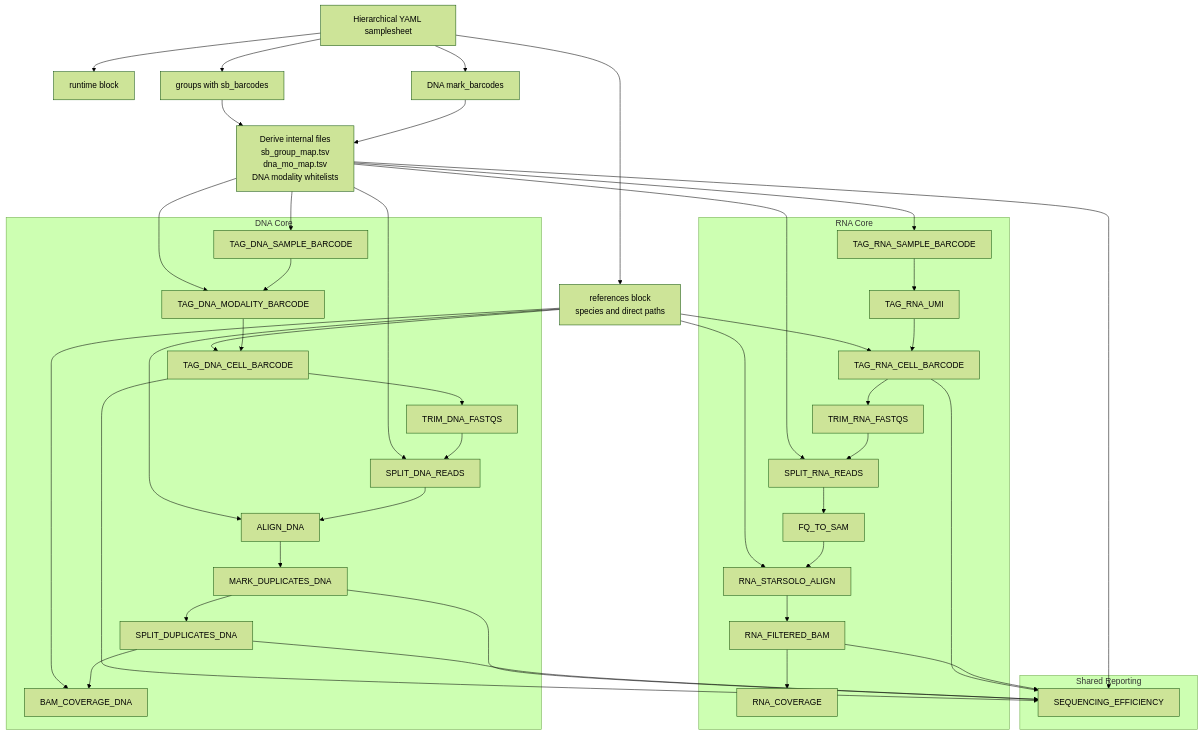
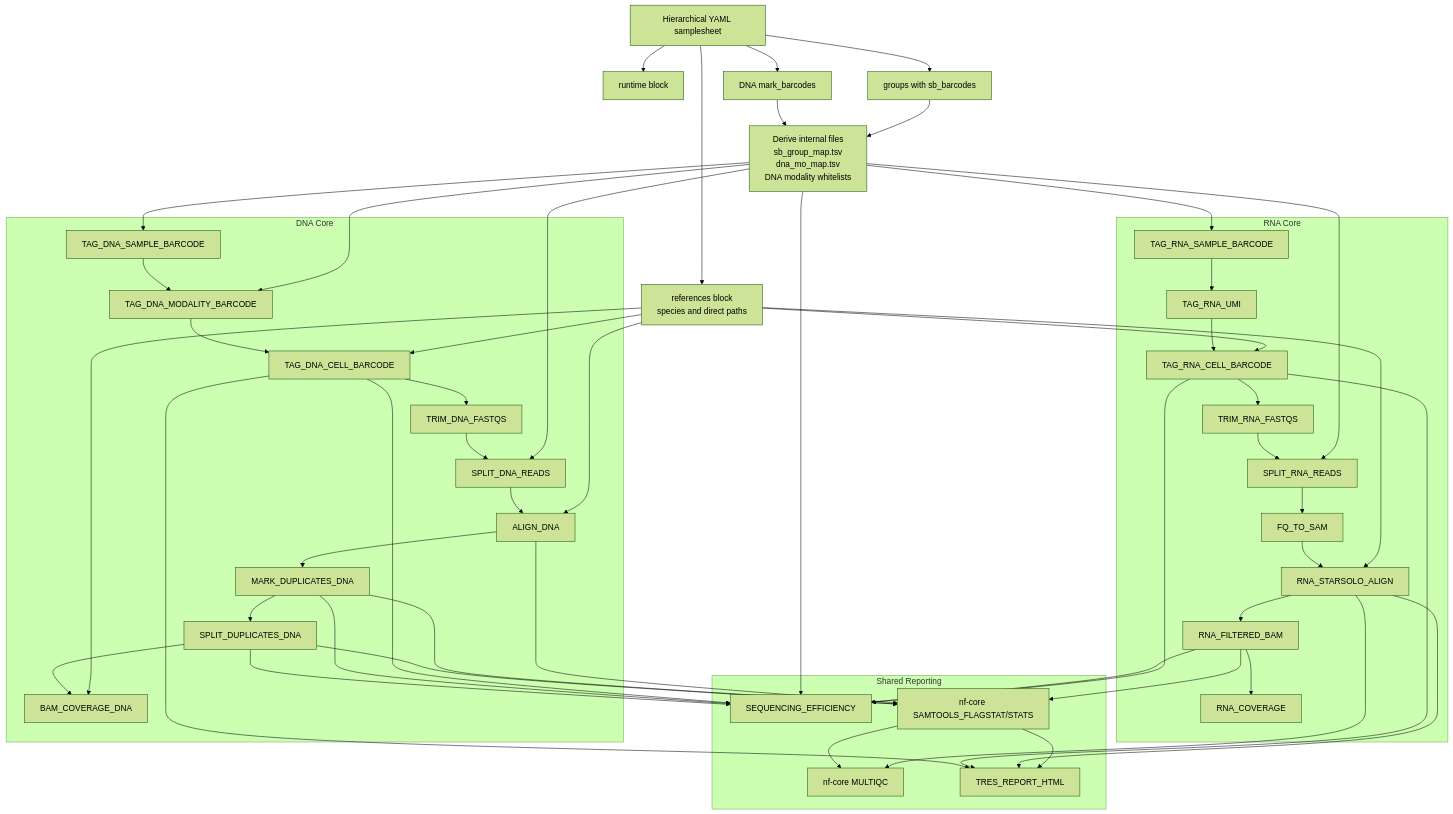
Before and after one commit to CSOgroup/TrESFlow: the diagram in docs/architecture/implemented_pipeline.md, drawn with Mermaid (forest theme). The commit also changed other lines of this file and 32 other files, not shown here.

Commit message:
Add nf-core QC modules and TrES HTML report

````diff
--- a/docs/architecture/implemented_pipeline.md
+++ b/docs/architecture/implemented_pipeline.md
@@ -9,64 +10,77 @@
 ```mermaid
 flowchart TD
     SS[Hierarchical YAML samplesheet]
     RUN[runtime block]
     REF[references block\nspecies and direct paths]
     GROUPS[groups with sb_barcodes]
     DNAMARKS[DNA mark_barcodes]
     DERIVE[Derive internal files\nsb_group_map.tsv\ndna_mo_map.tsv\nDNA modality whitelists]
 
     SS --> RUN
     SS --> REF
     SS --> GROUPS
     SS --> DNAMARKS
     GROUPS --> DERIVE
     DNAMARKS --> DERIVE
 
     REF --> RNA2
     REF --> RNA6
     REF --> DNA2
     REF --> DNA5
     REF --> DNA8
     DERIVE --> REPORT
     DERIVE --> RNA0
     DERIVE --> RNA4
     DERIVE --> DNA0
     DERIVE --> DNA1
     DERIVE --> DNA4
 
     subgraph RNA_Core[RNA Core]
         RNA0[TAG_RNA_SAMPLE_BARCODE]
         RNA1[TAG_RNA_UMI]
         RNA2[TAG_RNA_CELL_BARCODE]
         RNA3[TRIM_RNA_FASTQS]
         RNA4[SPLIT_RNA_READS]
         RNA5[FQ_TO_SAM]
         RNA6[RNA_STARSOLO_ALIGN]
         RNA7[RNA_FILTERED_BAM]
         RNA8[RNA_COVERAGE]
         RNA0 --> RNA1 --> RNA2 --> RNA3 --> RNA4 --> RNA5 --> RNA6 --> RNA7 --> RNA8
     end
 
     subgraph DNA_Core[DNA Core]
         DNA0[TAG_DNA_SAMPLE_BARCODE]
         DNA1[TAG_DNA_MODALITY_BARCODE]
         DNA2[TAG_DNA_CELL_BARCODE]
         DNA3[TRIM_DNA_FASTQS]
         DNA4[SPLIT_DNA_READS]
         DNA5[ALIGN_DNA]
         DNA6[MARK_DUPLICATES_DNA]
         DNA7[SPLIT_DUPLICATES_DNA]
         DNA8[BAM_COVERAGE_DNA]
         DNA0 --> DNA1 --> DNA2 --> DNA3 --> DNA4 --> DNA5 --> DNA6 --> DNA7 --> DNA8
     end
 
     subgraph Reporting[Shared Reporting]
         REPORT[SEQUENCING_EFFICIENCY]
+        SAMTOOLS[nf-core SAMTOOLS_FLAGSTAT/STATS]
+        MULTIQC[nf-core MULTIQC]
+        TRESHTML[TRES_REPORT_HTML]
     end
 
     RNA2 --> REPORT
     RNA7 --> REPORT
+    RNA7 --> SAMTOOLS
+    RNA6 --> MULTIQC
     DNA2 --> REPORT
     DNA6 --> REPORT
     DNA7 --> REPORT
+    DNA5 --> SAMTOOLS
+    DNA6 --> SAMTOOLS
+    DNA7 --> SAMTOOLS
+    SAMTOOLS --> MULTIQC
+    SAMTOOLS --> TRESHTML
+    RNA6 --> TRESHTML
+    RNA2 --> TRESHTML
+    DNA2 --> TRESHTML
 ```
````
